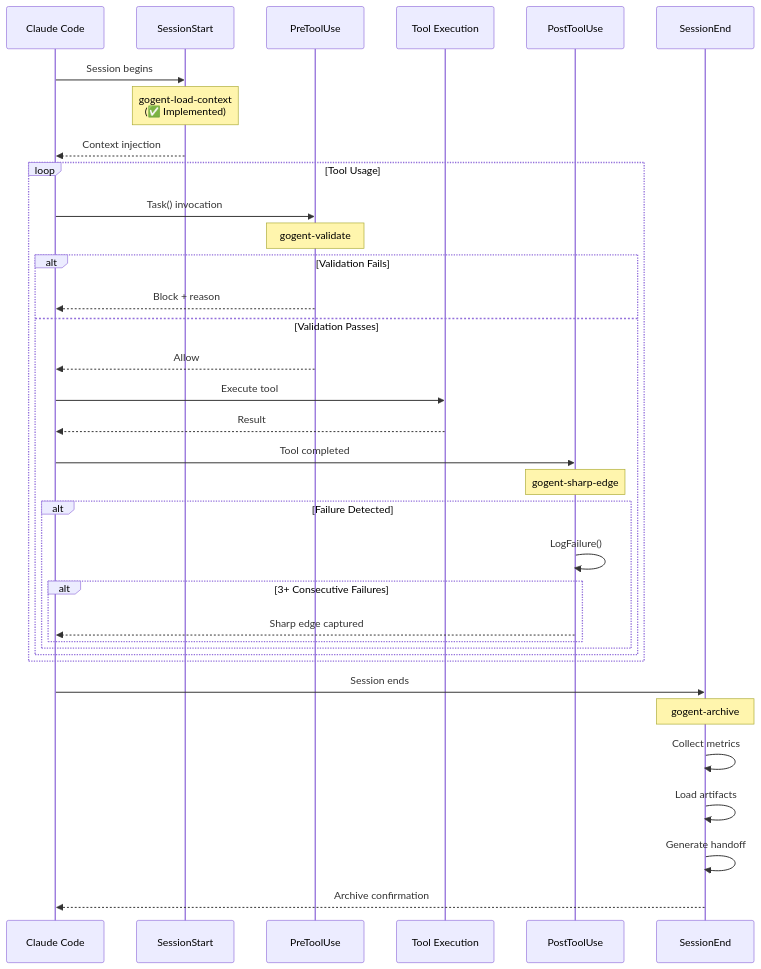
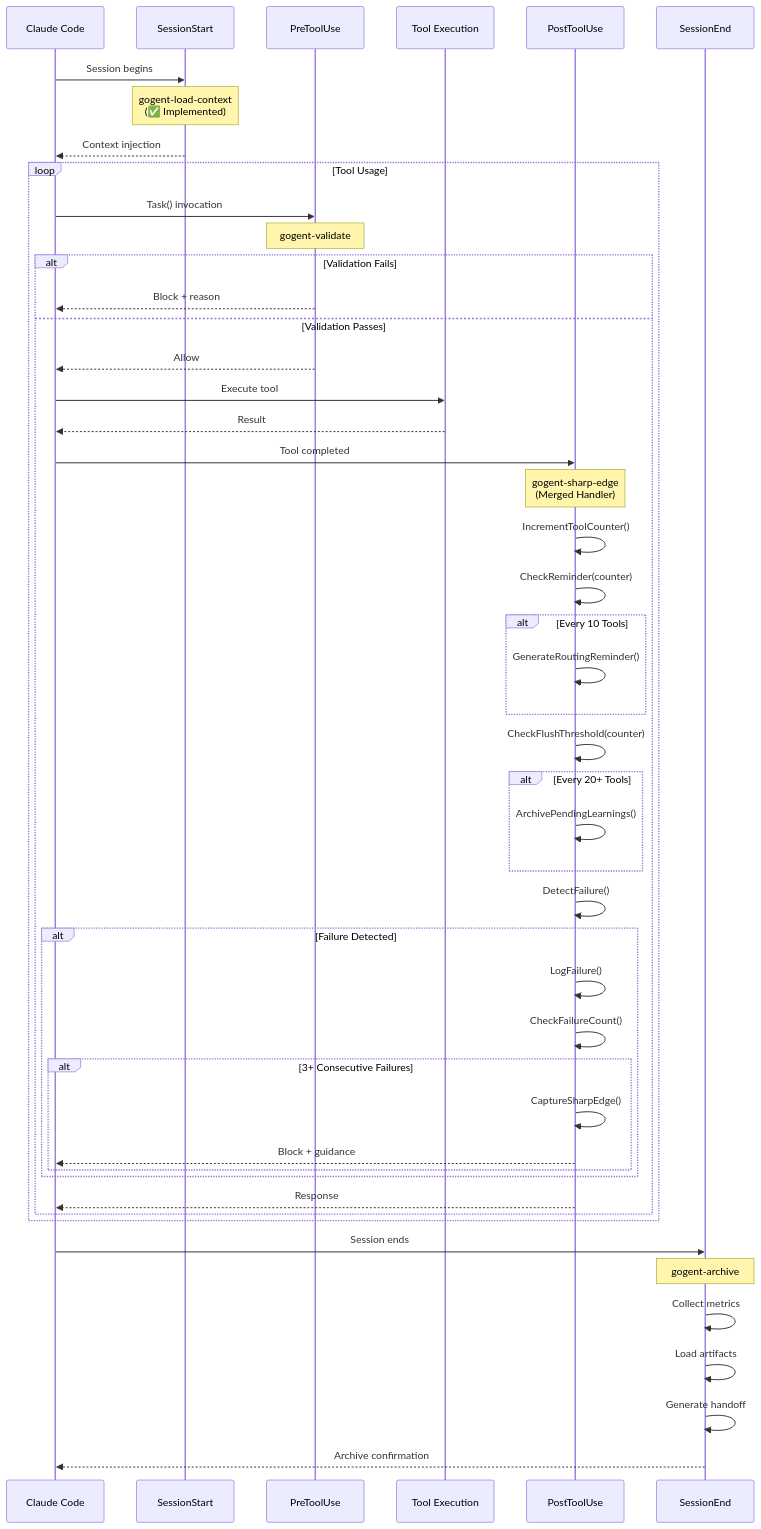
The first of 6 diagrams in docs/systems-architecture-overview.md (Bucket-Chemist/goYoke), drawn with Mermaid before and after one commit. The commit also changed other lines of this file and 3 other files, not shown here.

First line of the commit message:
docs: GOgent-074 - Update Systems Architecture for Merged PostToolUse Handler

````diff
--- a/docs/systems-architecture-overview.md
+++ b/docs/systems-architecture-overview.md
@@ -21,42 +21,57 @@
 ```mermaid
 sequenceDiagram
     participant CC as Claude Code
     participant SS as SessionStart
     participant PT as PreToolUse
     participant Tool as Tool Execution
     participant PO as PostToolUse
     participant SE as SessionEnd
 
     CC->>SS: Session begins
     Note over SS: gogent-load-context<br/>(✅ Implemented)
     SS-->>CC: Context injection
 
     loop Tool Usage
         CC->>PT: Task() invocation
         Note over PT: gogent-validate
 
         alt Validation Fails
             PT-->>CC: Block + reason
         else Validation Passes
             PT-->>CC: Allow
             CC->>Tool: Execute tool
             Tool-->>CC: Result
             CC->>PO: Tool completed
-            Note over PO: gogent-sharp-edge
+            Note over PO: gogent-sharp-edge<br/>(Merged Handler)
 
+            PO->>PO: IncrementToolCounter()
+            PO->>PO: CheckReminder(counter)
+            alt Every 10 Tools
+                PO->>PO: GenerateRoutingReminder()
+            end
+            PO->>PO: CheckFlushThreshold(counter)
+            alt Every 20+ Tools
+                PO->>PO: ArchivePendingLearnings()
+            end
+
+            PO->>PO: DetectFailure()
             alt Failure Detected
                 PO->>PO: LogFailure()
+                PO->>PO: CheckFailureCount()
                 alt 3+ Consecutive Failures
-                    PO-->>CC: Sharp edge captured
+                    PO->>PO: CaptureSharpEdge()
+                    PO-->>CC: Block + guidance
                 end
             end
+
+            PO-->>CC: Response
         end
     end
 
     CC->>SE: Session ends
     Note over SE: gogent-archive
     SE->>SE: Collect metrics
     SE->>SE: Load artifacts
     SE->>SE: Generate handoff
     SE-->>CC: Archive confirmation
 ```
````
